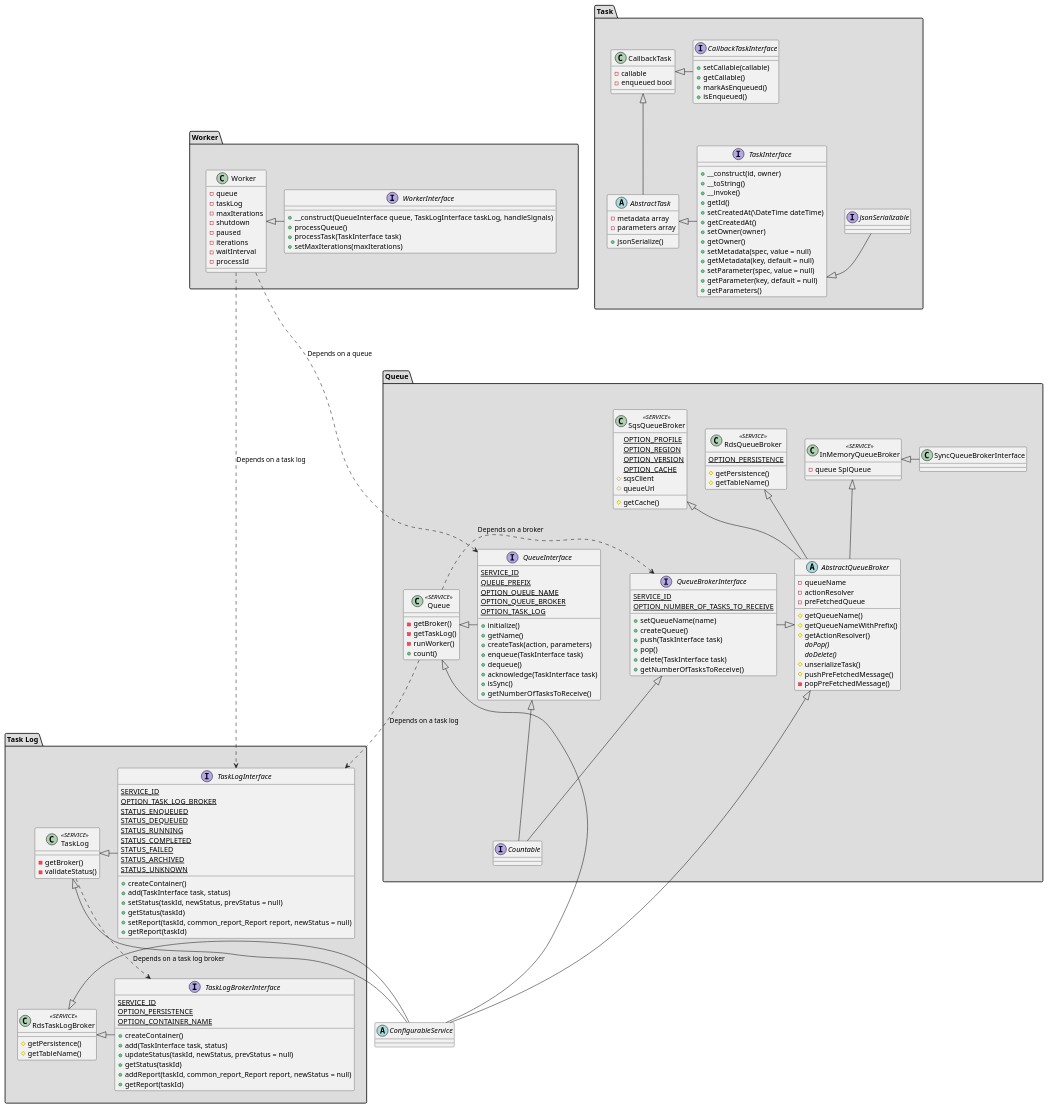
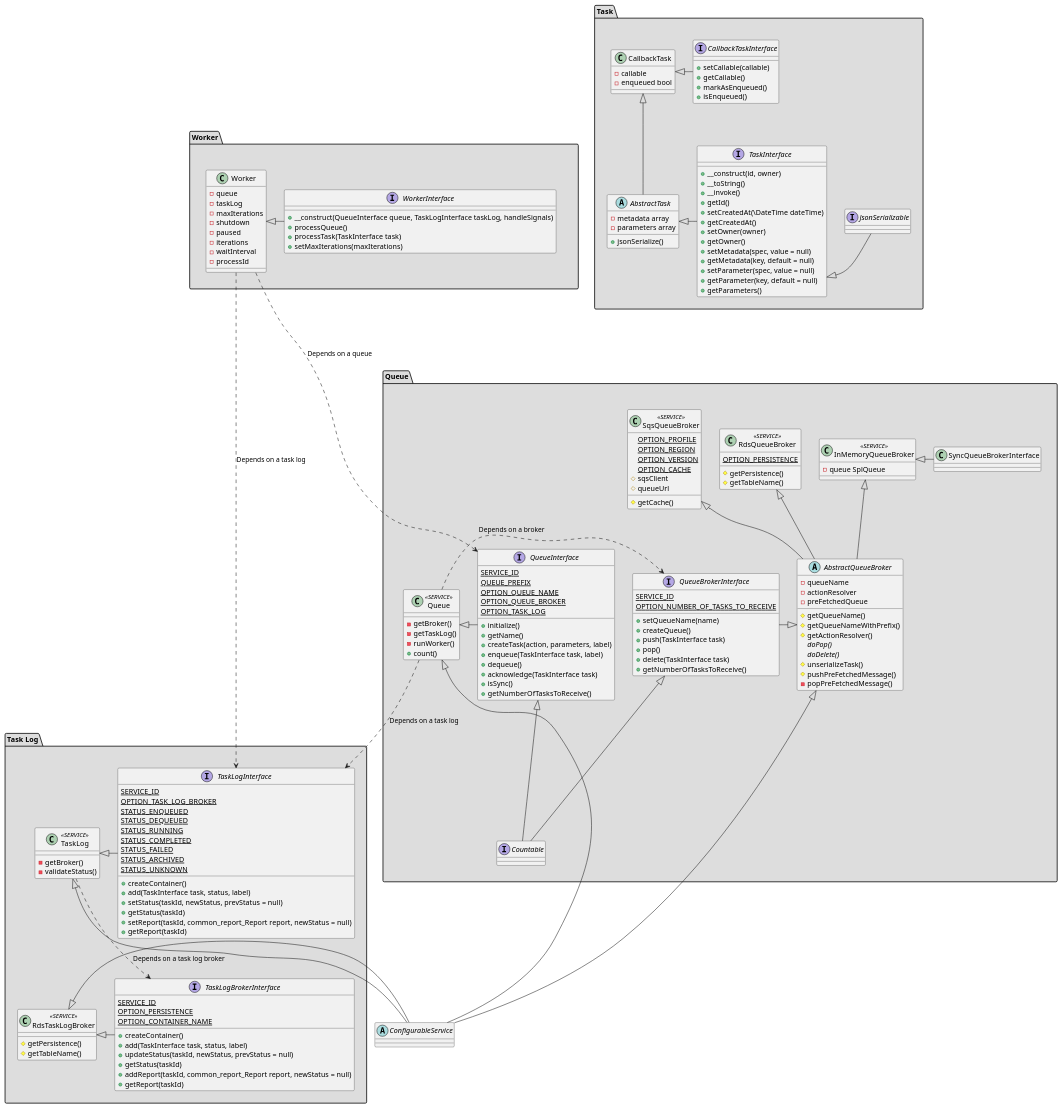
One commit to tao-forge/package-tao changed the diagram in taoTaskQueue/doc/task_queue.puml. Above: the diagram before and after it, drawn with PlantUML.

Commit message:
change in Class Diagram

```diff
--- a/taoTaskQueue/doc/task_queue.puml
+++ b/taoTaskQueue/doc/task_queue.puml
@@ -60,7 +60,7 @@
             {static} STATUS_ARCHIVED
             {static} STATUS_UNKNOWN
             +createContainer()
-            +add(TaskInterface task, status)
+            +add(TaskInterface task, status, label)
             +setStatus(taskId, newStatus, prevStatus = null)
             +getStatus(taskId)
             +setReport(taskId, common_report_Report report, newStatus = null)
@@ -71,7 +71,7 @@
             {static} OPTION_PERSISTENCE
             {static} OPTION_CONTAINER_NAME
             +createContainer()
-            +add(TaskInterface task, status)
+            +add(TaskInterface task, status, label)
             +updateStatus(taskId, newStatus, prevStatus = null)
             +getStatus(taskId)
             +addReport(taskId, common_report_Report report, newStatus = null)
@@ -109,8 +109,8 @@
             {static} OPTION_TASK_LOG
             +initialize()
             +getName()
-            +createTask(action, parameters)
-            +enqueue(TaskInterface task)
+            +createTask(action, parameters, label)
+            +enqueue(TaskInterface task, label)
             +dequeue()
             +acknowledge(TaskInterface task)
             +isSync()
```
